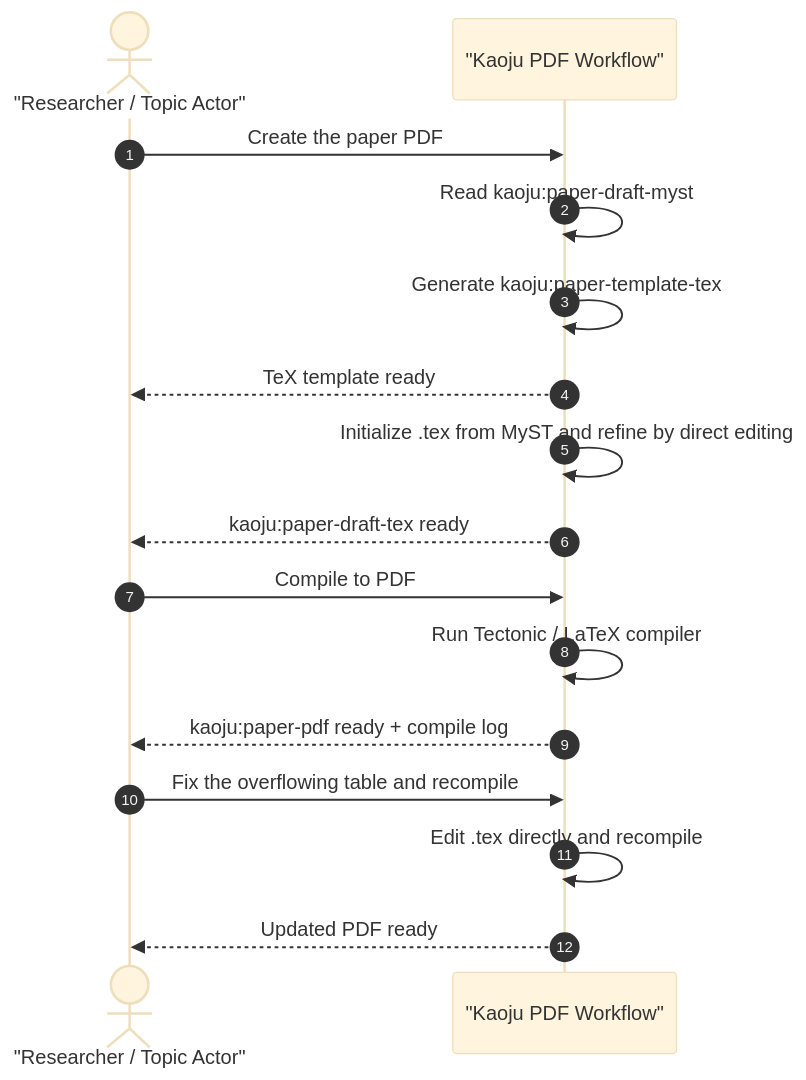
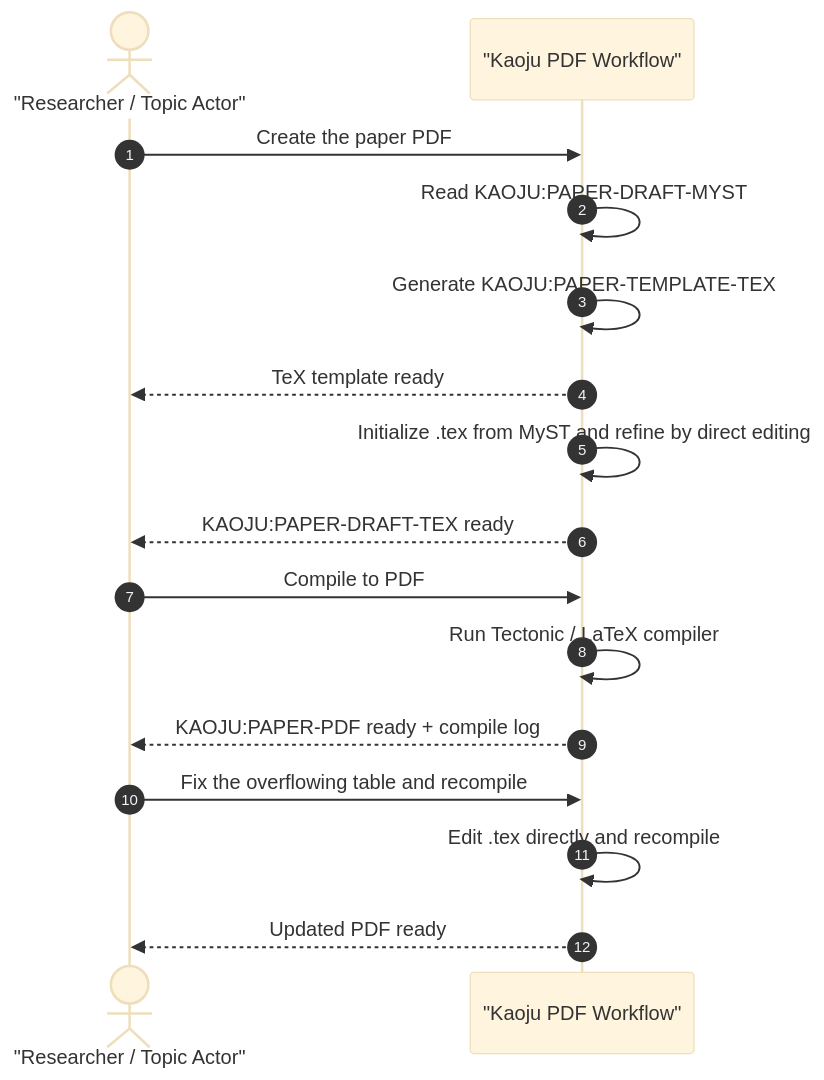
One commit to CodeGandee/isomer-labs changed the second of 2 diagrams in context/features/2026-07-14-kaoju-survey-process-usecases/usecases/uc-06-create-paper-pdf.md. Above: the diagram before and after it, drawn with Mermaid (base theme). The commit also changed other lines of this file and 309 other files, not shown here.

````diff
--- a/context/features/2026-07-14-kaoju-survey-process-usecases/usecases/uc-06-create-paper-pdf.md
+++ b/context/features/2026-07-14-kaoju-survey-process-usecases/usecases/uc-06-create-paper-pdf.md
@@ -126,19 +126,19 @@
 ```mermaid
 sequenceDiagram
   autonumber
   actor Researcher as "Researcher / Topic Actor"
   participant System as "Kaoju PDF Workflow"
 
   Researcher->>System: Create the paper PDF
-  System->>System: Read kaoju:paper-draft-myst
-  System->>System: Generate kaoju:paper-template-tex
+  System->>System: Read KAOJU:PAPER-DRAFT-MYST
+  System->>System: Generate KAOJU:PAPER-TEMPLATE-TEX
   System-->>Researcher: TeX template ready
   System->>System: Initialize .tex from MyST and refine by direct editing
-  System-->>Researcher: kaoju:paper-draft-tex ready
+  System-->>Researcher: KAOJU:PAPER-DRAFT-TEX ready
   Researcher->>System: Compile to PDF
   System->>System: Run Tectonic / LaTeX compiler
-  System-->>Researcher: kaoju:paper-pdf ready + compile log
+  System-->>Researcher: KAOJU:PAPER-PDF ready + compile log
   Researcher->>System: Fix the overflowing table and recompile
   System->>System: Edit .tex directly and recompile
   System-->>Researcher: Updated PDF ready
 ```
````
